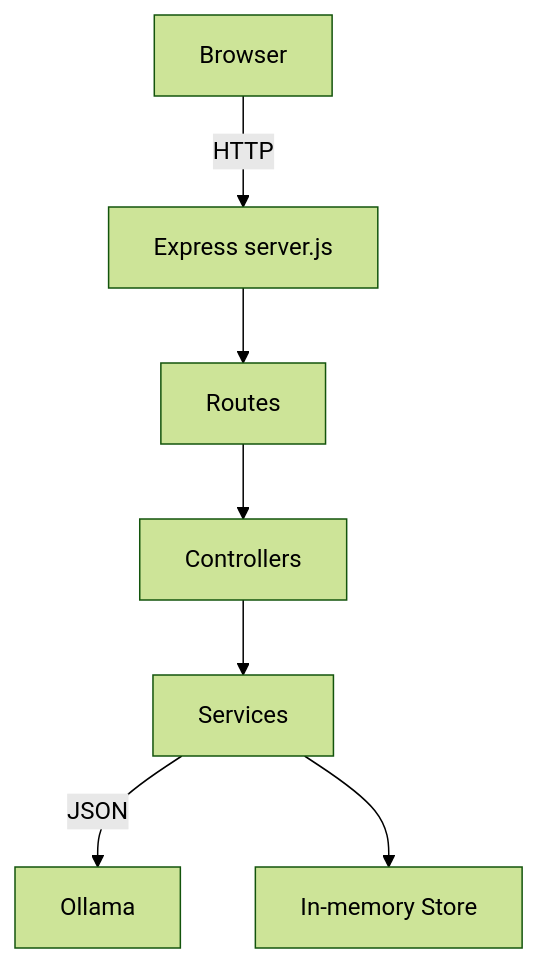
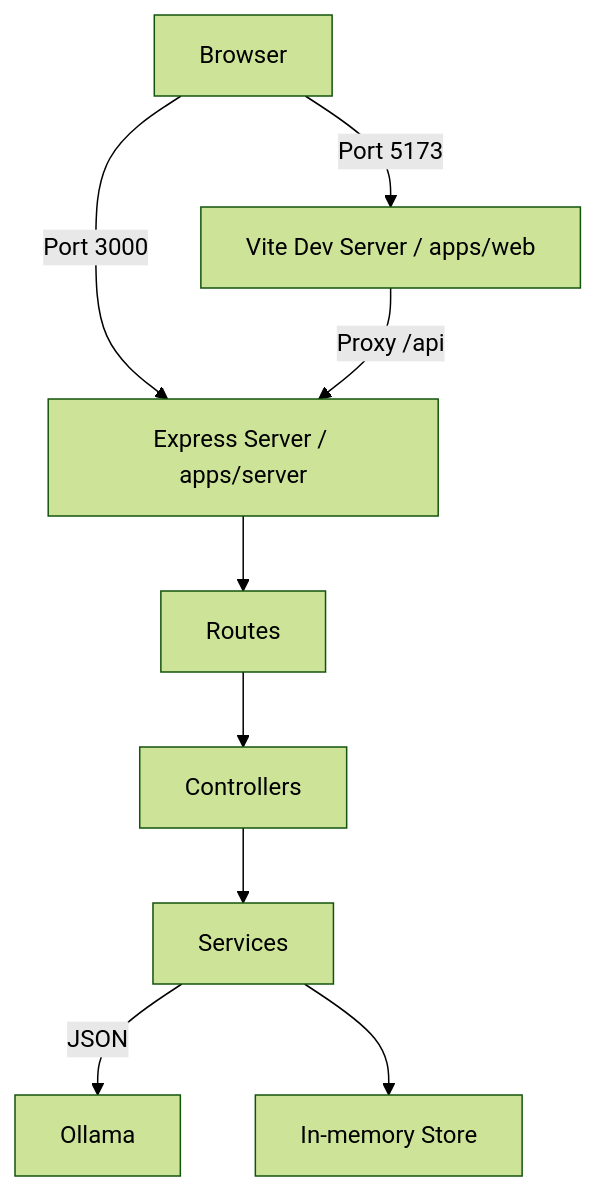
Before and after one commit to lucapalomba/carGPT: the diagram in README.md, drawn with Mermaid (forest theme). The commit also changed other lines of this file and 46 other files, not shown here.

Commit message:
feat: Refactor oll the project in order to become a monorepo with FE in Vite and BE in Express

````diff
--- a/README.md
+++ b/README.md
@@ -202,9 +210,11 @@
 ```mermaid
 graph TD
-    A[Browser] -->|HTTP| B[Express server.js]
-    B --> C[Routes]
-    C --> D[Controllers]
-    D --> E[Services]
-    E -->|JSON| F[Ollama]
-    E --> G[In-memory Store]
+    A[Browser] -->|Port 5173| B[Vite Dev Server / apps/web]
+    A -->|Port 3000| C[Express Server / apps/server]
+    B -->|Proxy /api| C
+    C --> D[Routes]
+    D --> E[Controllers]
+    E --> F[Services]
+    F -->|JSON| G[Ollama]
+    F --> H[In-memory Store]
 ```
````
